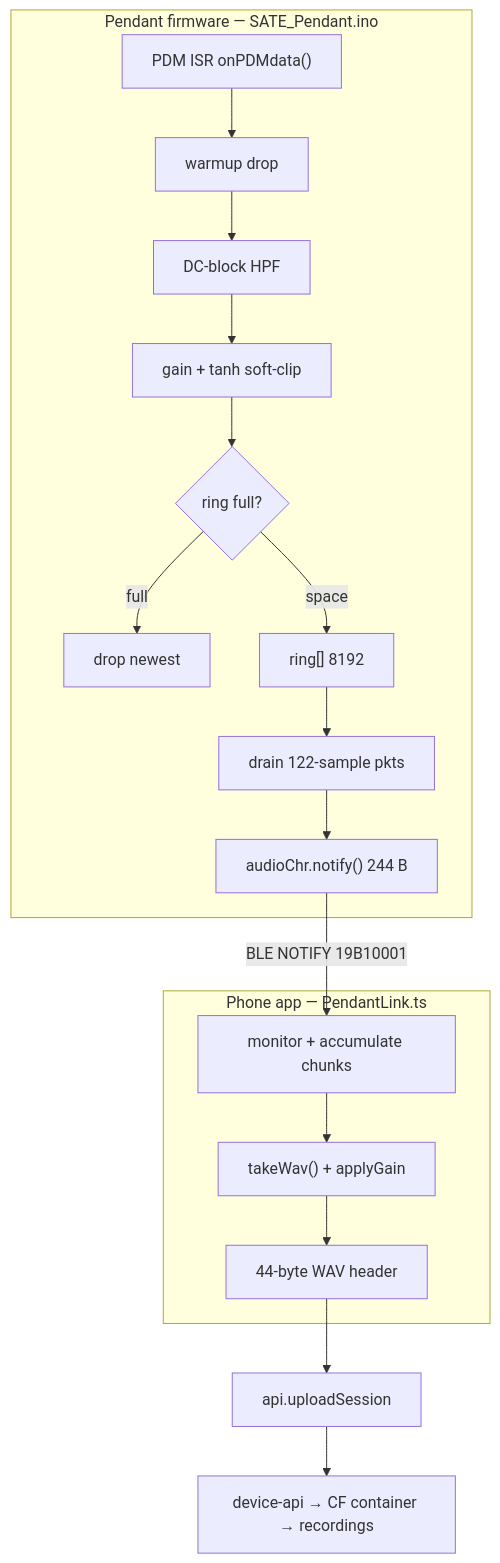
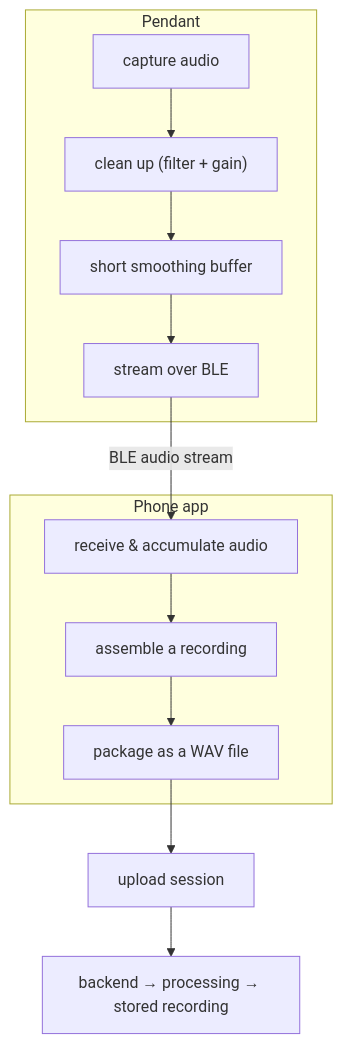
One commit to Longcao24/sate-companion changed the third of 3 diagrams in docs-site/docs/guides/pendant.md. Above: the diagram before and after it, drawn with Mermaid. The commit also changed other lines of this file and 17 other files, not shown here.

First line of the commit message:
docs-site: generalize published docs + add system-overview diagram

````diff
--- a/docs-site/docs/guides/pendant.md
+++ b/docs-site/docs/guides/pendant.md
@@ -307,21 +190,16 @@
 ```mermaid
 flowchart TD
-  subgraph FW["Pendant firmware — SATE_Pendant.ino"]
-    A["PDM ISR onPDMdata()"] --> B["warmup drop"]
-    B --> C["DC-block HPF"]
-    C --> D["gain + tanh soft-clip"]
-    D --> E{"ring full?"}
-    E -- "full" --> X["drop newest"]
-    E -- "space" --> F["ring[] 8192"]
-    F --> G["drain 122-sample pkts"]
-    G --> H["audioChr.notify() 244 B"]
+  subgraph FW["Pendant"]
+    A["capture audio"] --> C["clean up (filter + gain)"]
+    C --> F["short smoothing buffer"]
+    F --> H["stream over BLE"]
   end
-  H -- "BLE NOTIFY 19B10001" --> I
-  subgraph APP["Phone app — PendantLink.ts"]
-    I["monitor + accumulate chunks"]
-    I --> J["takeWav() + applyGain"]
-    J --> K["44-byte WAV header"]
+  H -- "BLE audio stream" --> I
+  subgraph APP["Phone app"]
+    I["receive & accumulate audio"]
+    I --> J["assemble a recording"]
+    J --> K["package as a WAV file"]
   end
-  K --> L["api.uploadSession"]
-  L --> M["device-api → CF container → recordings"]
+  K --> L["upload session"]
+  L --> M["backend → processing → stored recording"]
 ```
````
